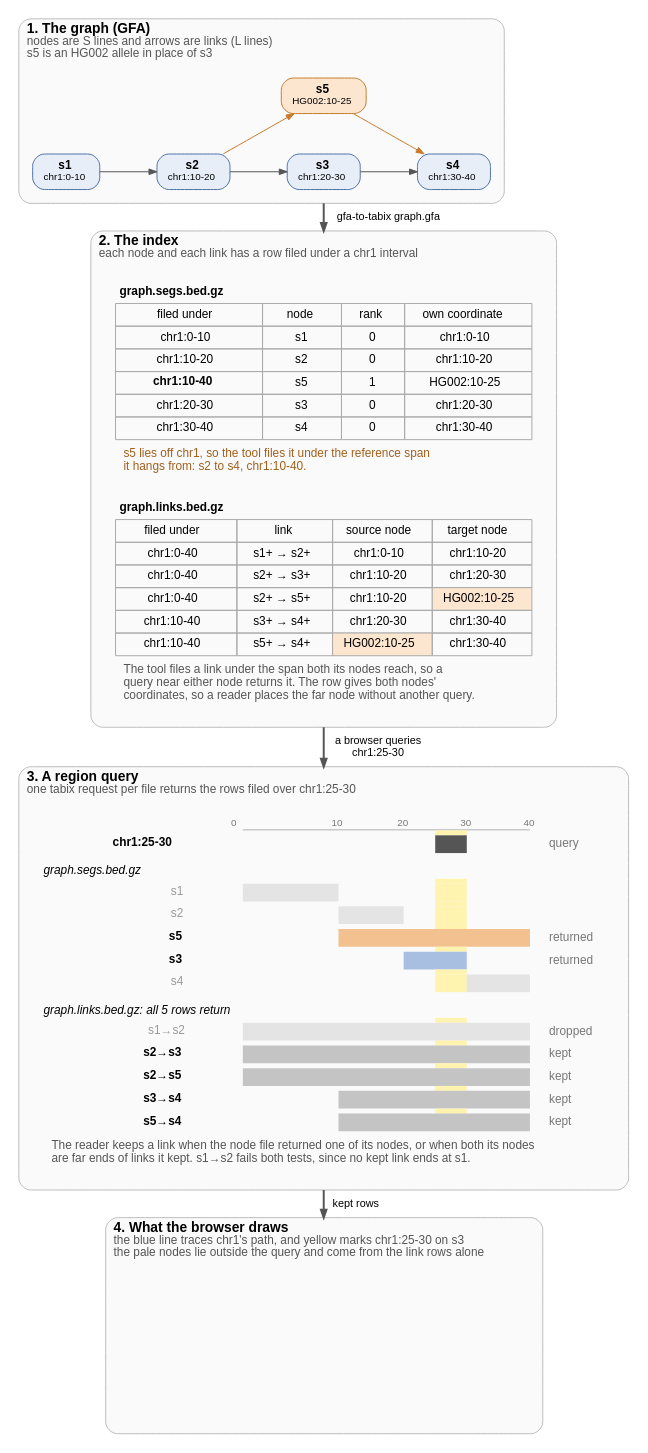
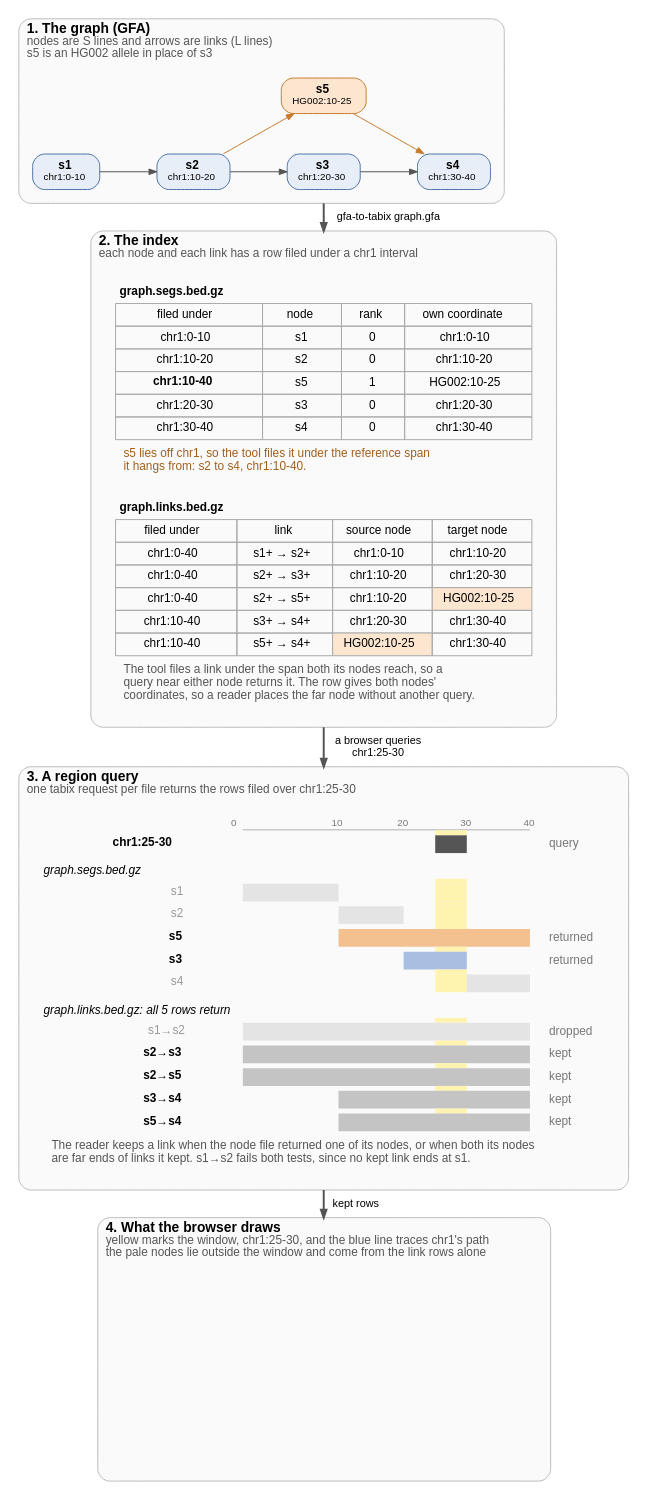
One commit to GMOD/gfa-to-tabix changed the diagram in docs/figures/overview-detail.dot. Above: the diagram before and after it, drawn with Graphviz. The commit also changed 5 other files, not shown here.

```diff
--- a/docs/figures/overview-detail.dot
+++ b/docs/figures/overview-detail.dot
@@ -1,117 +1,117 @@
 // scripts/figures.py fills the marked rows from the tool's output and draws this figure
 digraph overview {
   bgcolor="white"
   fontname="Helvetica"
   newrank=true
   compound=true
   nodesep=0.4
   ranksep=0.55
   node [fontname="Helvetica", fontsize=12, shape=box, style="filled,rounded", fillcolor="#e8eef7", color="#4a6fa5", margin="0.15,0.06"]
   edge [fontname="Helvetica", fontsize=11, color="#555555", arrowsize=0.8]
 
   subgraph {
     graph [labeljust=l, fontsize=14, color="#bbbbbb", style="rounded,filled", fillcolor="#fafafa", margin=14]
 
     subgraph cluster_graph {
       label=<<B>1. The graph (GFA)</B><BR ALIGN="LEFT"/><FONT POINT-SIZE="12" COLOR="#555555">nodes are S lines and arrows are links (L lines)</FONT><BR ALIGN="LEFT"/><FONT POINT-SIZE="12" COLOR="#555555">s5 is an HG002 allele in place of s3</FONT><BR ALIGN="LEFT"/>>
       // begin graph
       s1 [label=<<B>s1</B><BR/><FONT POINT-SIZE="10">chr1:0-10</FONT>>]
       s2 [label=<<B>s2</B><BR/><FONT POINT-SIZE="10">chr1:10-20</FONT>>]
       s3 [label=<<B>s3</B><BR/><FONT POINT-SIZE="10">chr1:20-30</FONT>>]
       s4 [label=<<B>s4</B><BR/><FONT POINT-SIZE="10">chr1:30-40</FONT>>]
       s5 [label=<<B>s5</B><BR/><FONT POINT-SIZE="10">HG002:10-25</FONT>>, fillcolor="#fde6cf", color="#c77a2b"]
       {rank=same; s1; s2; s3; s4}
       s1 -> s2 [weight=20]
       s2 -> s3 [weight=20]
       s2 -> s5 [color="#c77a2b", constraint=false]
       s3 -> s4 [weight=20]
       s5 -> s4 [color="#c77a2b", constraint=false]
       s5 -> s3 [style=invis, weight=20]
       // end graph
     }
 
     subgraph cluster_files {
       label=<<B>2. The index</B><BR ALIGN="LEFT"/><FONT POINT-SIZE="12" COLOR="#555555">each node and each link has a row filed under a chr1 interval</FONT><BR ALIGN="LEFT"/>>
       rows [shape=plaintext, style="", label=<
         <TABLE BORDER="0" CELLBORDER="0" CELLSPACING="0" CELLPADDING="0"><TR><TD><TABLE BORDER="0" CELLBORDER="1" CELLSPACING="0" CELLPADDING="4" COLOR="#aaaaaa">
           <TR><TD COLSPAN="4" BORDER="0" ALIGN="LEFT"><B>graph.segs.bed.gz</B></TD></TR>
           <TR BGCOLOR="#dddddd"><TD>filed under</TD><TD>node</TD><TD>rank</TD><TD>own coordinate</TD></TR>
           <!-- begin segs -->
           <TR BGCOLOR="#e8eef7"><TD>chr1:0-10</TD><TD>s1</TD><TD>0</TD><TD>chr1:0-10</TD></TR>
           <TR BGCOLOR="#e8eef7"><TD>chr1:10-20</TD><TD>s2</TD><TD>0</TD><TD>chr1:10-20</TD></TR>
           <TR BGCOLOR="#fde6cf"><TD><B>chr1:10-40</B></TD><TD>s5</TD><TD>1</TD><TD>HG002:10-25</TD></TR>
           <TR BGCOLOR="#e8eef7"><TD>chr1:20-30</TD><TD>s3</TD><TD>0</TD><TD>chr1:20-30</TD></TR>
           <TR BGCOLOR="#e8eef7"><TD>chr1:30-40</TD><TD>s4</TD><TD>0</TD><TD>chr1:30-40</TD></TR>
           <!-- end segs -->
           <!-- begin segs-caption -->
           <TR><TD BORDER="0" CELLPADDING="8" COLSPAN="4" ALIGN="LEFT" BALIGN="LEFT"><FONT POINT-SIZE="12" COLOR="#a15f1c">s5 lies off chr1, so the tool files it under the reference span<BR/>it hangs from: s2 to s4, chr1:10-40.</FONT></TD></TR>
           <!-- end segs-caption -->
         </TABLE></TD></TR>
         <TR><TD HEIGHT="18"></TD></TR>
         <TR><TD><TABLE BORDER="0" CELLBORDER="1" CELLSPACING="0" CELLPADDING="4" COLOR="#aaaaaa">
           <TR><TD COLSPAN="4" BORDER="0" ALIGN="LEFT"><B>graph.links.bed.gz</B></TD></TR>
           <TR BGCOLOR="#dddddd"><TD>filed under</TD><TD>link</TD><TD>source node</TD><TD>target node</TD></TR>
           <!-- begin links -->
           <TR BGCOLOR="#f2f2f2"><TD>chr1:0-40</TD><TD>s1+ → s2+</TD><TD>chr1:0-10</TD><TD>chr1:10-20</TD></TR>
           <TR BGCOLOR="#f2f2f2"><TD>chr1:0-40</TD><TD>s2+ → s3+</TD><TD>chr1:10-20</TD><TD>chr1:20-30</TD></TR>
           <TR BGCOLOR="#f2f2f2"><TD>chr1:0-40</TD><TD>s2+ → s5+</TD><TD>chr1:10-20</TD><TD BGCOLOR="#fde6cf">HG002:10-25</TD></TR>
           <TR BGCOLOR="#f2f2f2"><TD>chr1:10-40</TD><TD>s3+ → s4+</TD><TD>chr1:20-30</TD><TD>chr1:30-40</TD></TR>
           <TR BGCOLOR="#f2f2f2"><TD>chr1:10-40</TD><TD>s5+ → s4+</TD><TD BGCOLOR="#fde6cf">HG002:10-25</TD><TD>chr1:30-40</TD></TR>
           <!-- end links -->
           <TR><TD COLSPAN="4" BORDER="0" CELLPADDING="8" ALIGN="LEFT" BALIGN="LEFT"><FONT POINT-SIZE="12" COLOR="#555555">The tool files a link under the span both its nodes reach, so a<BR/>query near either node returns it. The row gives both nodes'<BR/>coordinates, so a reader places the far node without another query.</FONT></TD></TR>
         </TABLE></TD></TR></TABLE>>]
     }
 
     subgraph cluster_query {
       label=<<B>3. A region query</B><BR ALIGN="LEFT"/><FONT POINT-SIZE="12" COLOR="#555555">one tabix request per file returns the rows filed over chr1:25-30</FONT><BR ALIGN="LEFT"/>>
       hits [shape=plaintext, style="", label=<
         <TABLE BORDER="0" CELLBORDER="0" CELLSPACING="0" CELLPADDING="0">
           <!-- begin lanes -->
           <TR><TD></TD><TD WIDTH="16"></TD><TD WIDTH="16"></TD><TD WIDTH="16"></TD><TD WIDTH="16"></TD><TD WIDTH="16"></TD><TD WIDTH="16"></TD><TD WIDTH="16"></TD><TD WIDTH="16"></TD><TD WIDTH="16"></TD><TD WIDTH="16"></TD><TD WIDTH="16"></TD><TD WIDTH="16"></TD><TD WIDTH="16"></TD><TD WIDTH="16"></TD><TD WIDTH="16"></TD><TD WIDTH="16"></TD><TD WIDTH="16"></TD><TD WIDTH="16"></TD><TD></TD></TR>
           <TR><TD></TD><TD COLSPAN="2"><FONT POINT-SIZE="10" COLOR="#777777">0</FONT></TD><TD COLSPAN="2"></TD><TD COLSPAN="2"><FONT POINT-SIZE="10" COLOR="#777777">10</FONT></TD><TD COLSPAN="2"></TD><TD COLSPAN="2"><FONT POINT-SIZE="10" COLOR="#777777">20</FONT></TD><TD COLSPAN="2"></TD><TD COLSPAN="2"><FONT POINT-SIZE="10" COLOR="#777777">30</FONT></TD><TD COLSPAN="2"></TD><TD COLSPAN="2"><FONT POINT-SIZE="10" COLOR="#777777">40</FONT></TD><TD></TD></TR>
           <TR><TD HEIGHT="1"></TD><TD></TD><TD COLSPAN="16" BGCOLOR="#999999"></TD><TD></TD><TD></TD></TR>
           <TR><TD HEIGHT="5"></TD><TD></TD><TD></TD><TD></TD><TD></TD><TD></TD><TD></TD><TD></TD><TD></TD><TD></TD><TD></TD><TD></TD><TD BGCOLOR="#fff3b0"></TD><TD BGCOLOR="#fff3b0"></TD><TD></TD><TD></TD><TD></TD><TD></TD><TD></TD><TD></TD></TR>
           <TR><TD ALIGN="RIGHT" HEIGHT="18"><B>chr1:25-30</B>  </TD><TD></TD><TD COLSPAN="10"></TD><TD COLSPAN="2" BGCOLOR="#555555"></TD><TD COLSPAN="4"></TD><TD></TD><TD ALIGN="LEFT"><FONT POINT-SIZE="12" COLOR="#777777">  query</FONT></TD></TR>
           <TR><TD COLSPAN="20" ALIGN="LEFT" HEIGHT="26" VALIGN="BOTTOM"><I>graph.segs.bed.gz</I></TD></TR>
           <TR><TD HEIGHT="5"></TD><TD></TD><TD></TD><TD></TD><TD></TD><TD></TD><TD></TD><TD></TD><TD></TD><TD></TD><TD></TD><TD></TD><TD BGCOLOR="#fff3b0"></TD><TD BGCOLOR="#fff3b0"></TD><TD></TD><TD></TD><TD></TD><TD></TD><TD></TD><TD></TD></TR>
           <TR><TD ALIGN="RIGHT" HEIGHT="18"><FONT COLOR="#999999">s1</FONT>  </TD><TD></TD><TD COLSPAN="4" BGCOLOR="#e4e4e4"></TD><TD COLSPAN="6"></TD><TD COLSPAN="2" BGCOLOR="#fff3b0"></TD><TD COLSPAN="4"></TD><TD></TD><TD ALIGN="LEFT"></TD></TR>
           <TR><TD HEIGHT="5"></TD><TD></TD><TD></TD><TD></TD><TD></TD><TD></TD><TD></TD><TD></TD><TD></TD><TD></TD><TD></TD><TD></TD><TD BGCOLOR="#fff3b0"></TD><TD BGCOLOR="#fff3b0"></TD><TD></TD><TD></TD><TD></TD><TD></TD><TD></TD><TD></TD></TR>
           <TR><TD ALIGN="RIGHT" HEIGHT="18"><FONT COLOR="#999999">s2</FONT>  </TD><TD></TD><TD COLSPAN="4"></TD><TD COLSPAN="4" BGCOLOR="#e4e4e4"></TD><TD COLSPAN="2"></TD><TD COLSPAN="2" BGCOLOR="#fff3b0"></TD><TD COLSPAN="4"></TD><TD></TD><TD ALIGN="LEFT"></TD></TR>
           <TR><TD HEIGHT="5"></TD><TD></TD><TD></TD><TD></TD><TD></TD><TD></TD><TD></TD><TD></TD><TD></TD><TD></TD><TD></TD><TD></TD><TD BGCOLOR="#fff3b0"></TD><TD BGCOLOR="#fff3b0"></TD><TD></TD><TD></TD><TD></TD><TD></TD><TD></TD><TD></TD></TR>
           <TR><TD ALIGN="RIGHT" HEIGHT="18"><B>s5</B>  </TD><TD></TD><TD COLSPAN="4"></TD><TD COLSPAN="12" BGCOLOR="#f3c08f"></TD><TD></TD><TD ALIGN="LEFT"><FONT POINT-SIZE="12" COLOR="#777777">  returned</FONT></TD></TR>
           <TR><TD HEIGHT="5"></TD><TD></TD><TD></TD><TD></TD><TD></TD><TD></TD><TD></TD><TD></TD><TD></TD><TD></TD><TD></TD><TD></TD><TD BGCOLOR="#fff3b0"></TD><TD BGCOLOR="#fff3b0"></TD><TD></TD><TD></TD><TD></TD><TD></TD><TD></TD><TD></TD></TR>
           <TR><TD ALIGN="RIGHT" HEIGHT="18"><B>s3</B>  </TD><TD></TD><TD COLSPAN="8"></TD><TD COLSPAN="4" BGCOLOR="#a9bfe2"></TD><TD COLSPAN="4"></TD><TD></TD><TD ALIGN="LEFT"><FONT POINT-SIZE="12" COLOR="#777777">  returned</FONT></TD></TR>
           <TR><TD HEIGHT="5"></TD><TD></TD><TD></TD><TD></TD><TD></TD><TD></TD><TD></TD><TD></TD><TD></TD><TD></TD><TD></TD><TD></TD><TD BGCOLOR="#fff3b0"></TD><TD BGCOLOR="#fff3b0"></TD><TD></TD><TD></TD><TD></TD><TD></TD><TD></TD><TD></TD></TR>
           <TR><TD ALIGN="RIGHT" HEIGHT="18"><FONT COLOR="#999999">s4</FONT>  </TD><TD></TD><TD COLSPAN="10"></TD><TD COLSPAN="2" BGCOLOR="#fff3b0"></TD><TD COLSPAN="4" BGCOLOR="#e4e4e4"></TD><TD></TD><TD ALIGN="LEFT"></TD></TR>
           <TR><TD COLSPAN="20" ALIGN="LEFT" HEIGHT="26" VALIGN="BOTTOM"><I>graph.links.bed.gz: all 5 rows return</I></TD></TR>
           <TR><TD HEIGHT="5"></TD><TD></TD><TD></TD><TD></TD><TD></TD><TD></TD><TD></TD><TD></TD><TD></TD><TD></TD><TD></TD><TD></TD><TD BGCOLOR="#fff3b0"></TD><TD BGCOLOR="#fff3b0"></TD><TD></TD><TD></TD><TD></TD><TD></TD><TD></TD><TD></TD></TR>
           <TR><TD ALIGN="RIGHT" HEIGHT="18"><FONT COLOR="#999999">s1→s2</FONT>  </TD><TD></TD><TD COLSPAN="16" BGCOLOR="#e4e4e4"></TD><TD></TD><TD ALIGN="LEFT"><FONT POINT-SIZE="12" COLOR="#777777">  dropped</FONT></TD></TR>
           <TR><TD HEIGHT="5"></TD><TD></TD><TD></TD><TD></TD><TD></TD><TD></TD><TD></TD><TD></TD><TD></TD><TD></TD><TD></TD><TD></TD><TD BGCOLOR="#fff3b0"></TD><TD BGCOLOR="#fff3b0"></TD><TD></TD><TD></TD><TD></TD><TD></TD><TD></TD><TD></TD></TR>
           <TR><TD ALIGN="RIGHT" HEIGHT="18"><B>s2→s3</B>  </TD><TD></TD><TD COLSPAN="16" BGCOLOR="#c4c4c4"></TD><TD></TD><TD ALIGN="LEFT"><FONT POINT-SIZE="12" COLOR="#777777">  kept</FONT></TD></TR>
           <TR><TD HEIGHT="5"></TD><TD></TD><TD></TD><TD></TD><TD></TD><TD></TD><TD></TD><TD></TD><TD></TD><TD></TD><TD></TD><TD></TD><TD BGCOLOR="#fff3b0"></TD><TD BGCOLOR="#fff3b0"></TD><TD></TD><TD></TD><TD></TD><TD></TD><TD></TD><TD></TD></TR>
           <TR><TD ALIGN="RIGHT" HEIGHT="18"><B>s2→s5</B>  </TD><TD></TD><TD COLSPAN="16" BGCOLOR="#c4c4c4"></TD><TD></TD><TD ALIGN="LEFT"><FONT POINT-SIZE="12" COLOR="#777777">  kept</FONT></TD></TR>
           <TR><TD HEIGHT="5"></TD><TD></TD><TD></TD><TD></TD><TD></TD><TD></TD><TD></TD><TD></TD><TD></TD><TD></TD><TD></TD><TD></TD><TD BGCOLOR="#fff3b0"></TD><TD BGCOLOR="#fff3b0"></TD><TD></TD><TD></TD><TD></TD><TD></TD><TD></TD><TD></TD></TR>
           <TR><TD ALIGN="RIGHT" HEIGHT="18"><B>s3→s4</B>  </TD><TD></TD><TD COLSPAN="4"></TD><TD COLSPAN="12" BGCOLOR="#c4c4c4"></TD><TD></TD><TD ALIGN="LEFT"><FONT POINT-SIZE="12" COLOR="#777777">  kept</FONT></TD></TR>
           <TR><TD HEIGHT="5"></TD><TD></TD><TD></TD><TD></TD><TD></TD><TD></TD><TD></TD><TD></TD><TD></TD><TD></TD><TD></TD><TD></TD><TD BGCOLOR="#fff3b0"></TD><TD BGCOLOR="#fff3b0"></TD><TD></TD><TD></TD><TD></TD><TD></TD><TD></TD><TD></TD></TR>
           <TR><TD ALIGN="RIGHT" HEIGHT="18"><B>s5→s4</B>  </TD><TD></TD><TD COLSPAN="4"></TD><TD COLSPAN="12" BGCOLOR="#c4c4c4"></TD><TD></TD><TD ALIGN="LEFT"><FONT POINT-SIZE="12" COLOR="#777777">  kept</FONT></TD></TR>
           <!-- end lanes -->
           <!-- begin keep-caption -->
           <TR><TD BORDER="0" CELLPADDING="8" COLSPAN="20" ALIGN="LEFT" BALIGN="LEFT"><FONT POINT-SIZE="12" COLOR="#555555">The reader keeps a link when the node file returned one of its nodes, or when both its nodes<BR/>are far ends of links it kept. s1→s2 fails both tests, since no kept link ends at s1.</FONT></TD></TR>
           <!-- end keep-caption -->
         </TABLE>>]
     }
 
     subgraph cluster_drawn {
-      label=<<B>4. What the browser draws</B><BR ALIGN="LEFT"/><FONT POINT-SIZE="12" COLOR="#555555">the blue line traces chr1's path, and yellow marks chr1:25-30 on s3<BR ALIGN="LEFT"/>the pale nodes lie outside the query and come from the link rows alone</FONT><BR ALIGN="LEFT"/>>
+      label=<<B>4. What the browser draws</B><BR ALIGN="LEFT"/><FONT POINT-SIZE="12" COLOR="#555555">yellow marks the window, chr1:25-30, and the blue line traces chr1's path<BR ALIGN="LEFT"/>the pale nodes lie outside the window and come from the link rows alone</FONT><BR ALIGN="LEFT"/>>
       // begin drawn
-      drawn [shape=box, style="", color=transparent, label="", fixedsize=true, width=5.29, height=2.02]
+      drawn [shape=box, style="", color=transparent, label="", fixedsize=true, width=5.29, height=2.68]
       // end drawn
     }
   }
 
   // begin arrows
   s3 -> rows [ltail=cluster_graph, lhead=cluster_files, label="  gfa-to-tabix graph.gfa", penwidth=2]
   rows -> hits [ltail=cluster_files, lhead=cluster_query, label="  a browser queries\n  chr1:25-30", penwidth=2]
   hits -> drawn [ltail=cluster_query, lhead=cluster_drawn, label="  kept rows", penwidth=2]
   // end arrows
 }
```
